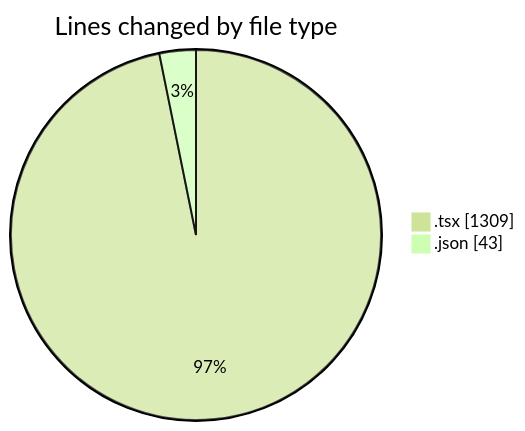
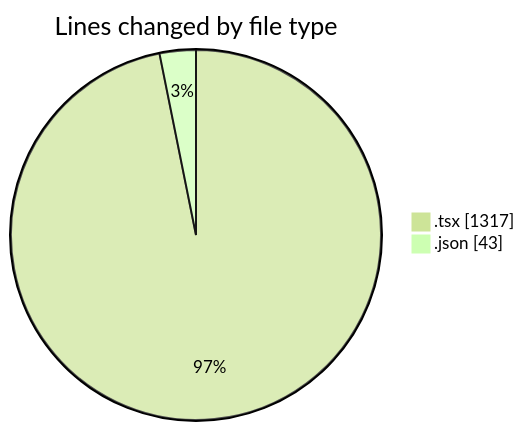
One commit to robertbonfada/code-tracking changed the first of 2 diagrams in 2025-11-11/mbc-web/README.md. Above: the diagram before and after it, drawn with Mermaid (forest theme). The commit also changed other lines of this file and 1 other file, not shown here.

````diff
--- a/2025-11-11/mbc-web/README.md
+++ b/2025-11-11/mbc-web/README.md
@@ -22,6 +22,6 @@
 ```mermaid
 pie showData
 title Lines changed by file type
-".tsx" : 1309
+".tsx" : 1317
 ".json" : 43
 ```
````
